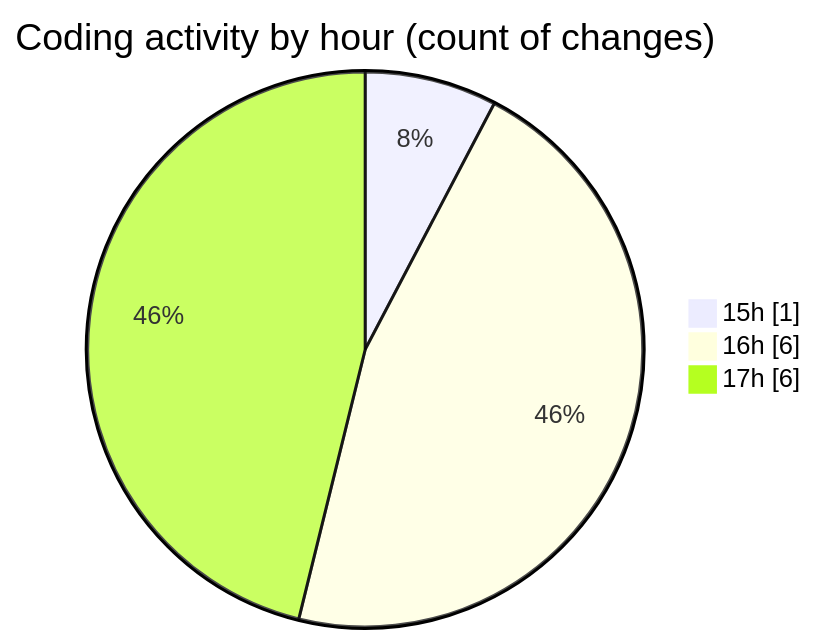
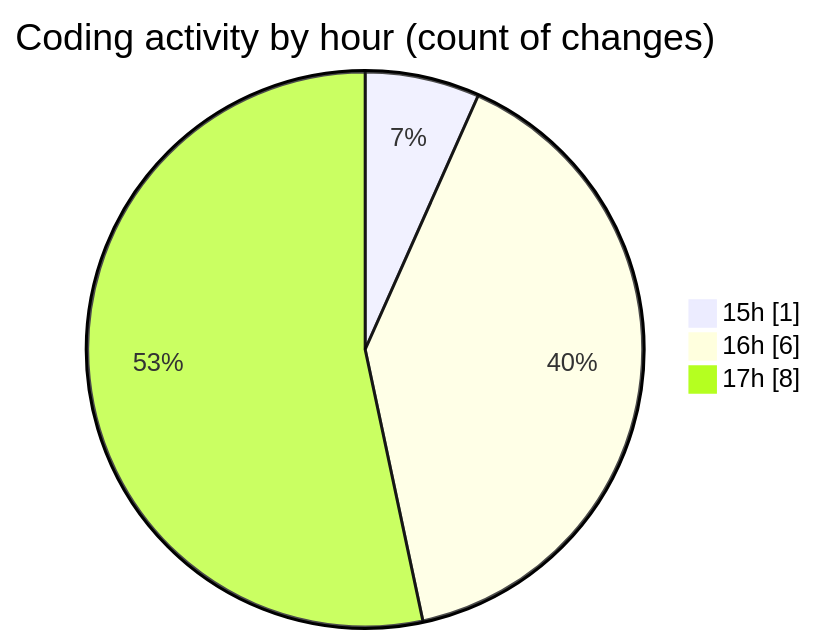
The second of 2 diagrams in 2025-09-29/untitled__workspace_/README.md (debugP/code-tracking), drawn with Mermaid before and after one commit. The commit also changed other lines of this file and 1 other file, not shown here.

````diff
--- a/2025-09-29/untitled__workspace_/README.md
+++ b/2025-09-29/untitled__workspace_/README.md
@@ -30,7 +31,7 @@
 ```mermaid
 pie showData
 title Coding activity by hour (count of changes)
 "15h" : 1
 "16h" : 6
-"17h" : 6
+"17h" : 8
 ```
````
